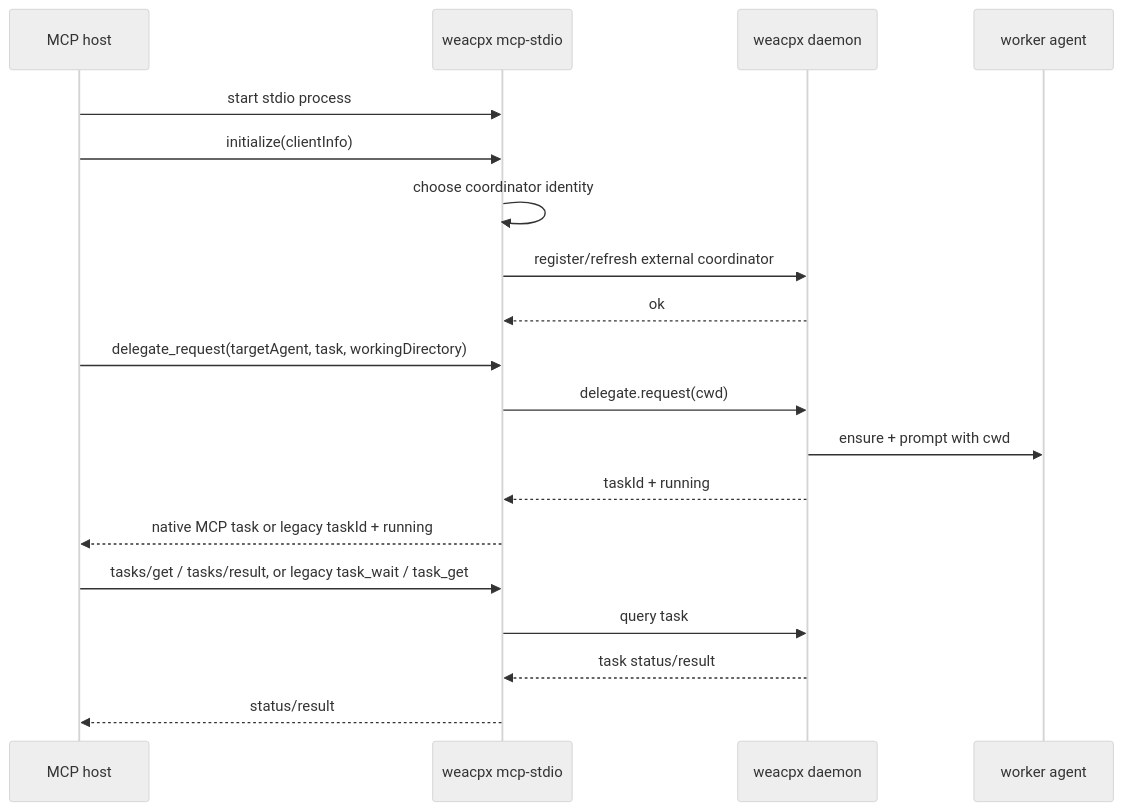
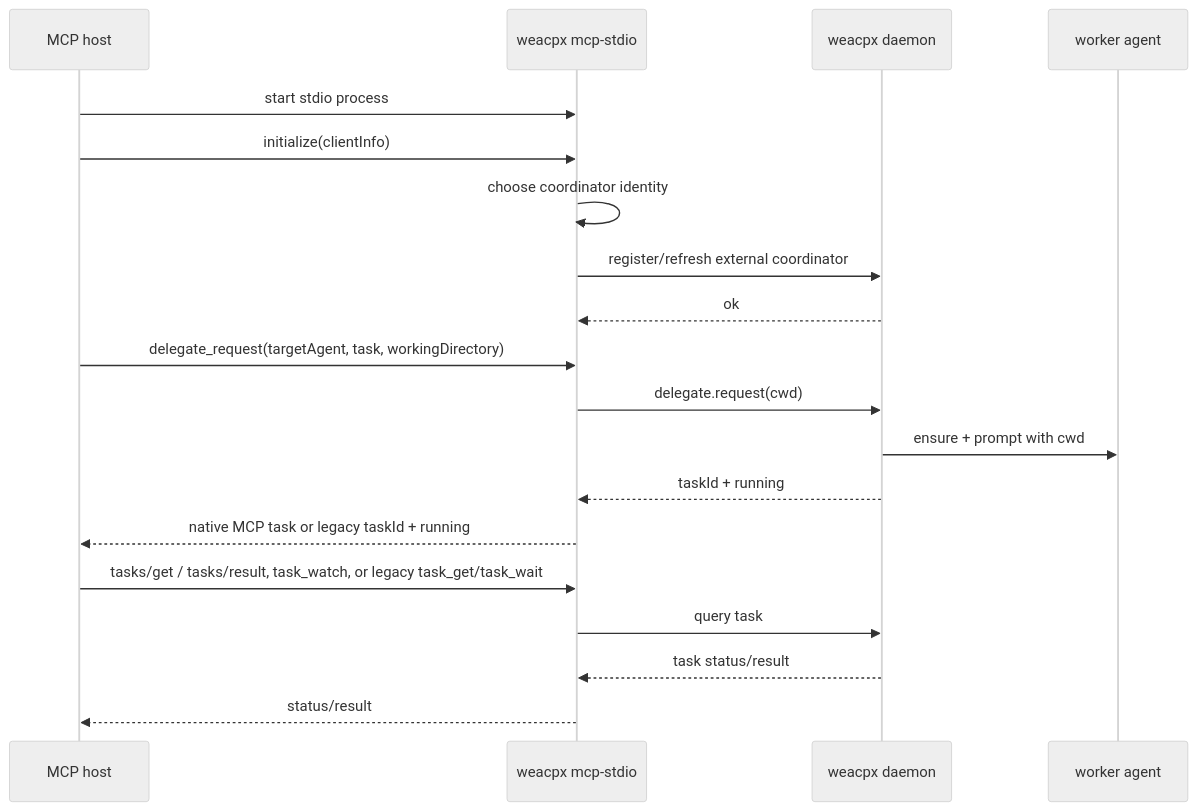
One commit to gadzan/weacpx changed the fourth of 4 diagrams in docs/external-mcp.md. Above: the diagram before and after it, drawn with Mermaid (neutral theme). The commit also changed other lines of this file and 19 other files, not shown here.

First line of the commit message:
feat: add task_watch orchestration with persistent task events

````diff
--- a/docs/external-mcp.md
+++ b/docs/external-mcp.md
@@ -235,22 +235,22 @@
 ```mermaid
 sequenceDiagram
   participant Host as MCP host
   participant Mcp as weacpx mcp-stdio
   participant Daemon as weacpx daemon
   participant Worker as worker agent
 
   Host->>Mcp: start stdio process
   Host->>Mcp: initialize(clientInfo)
   Mcp->>Mcp: choose coordinator identity
   Mcp->>Daemon: register/refresh external coordinator
   Daemon-->>Mcp: ok
   Host->>Mcp: delegate_request(targetAgent, task, workingDirectory)
   Mcp->>Daemon: delegate.request(cwd)
   Daemon->>Worker: ensure + prompt with cwd
   Daemon-->>Mcp: taskId + running
   Mcp-->>Host: native MCP task or legacy taskId + running
-  Host->>Mcp: tasks/get / tasks/result, or legacy task_wait / task_get
+  Host->>Mcp: tasks/get / tasks/result, task_watch, or legacy task_get/task_wait
   Mcp->>Daemon: query task
   Daemon-->>Mcp: task status/result
   Mcp-->>Host: status/result
 ```
````
